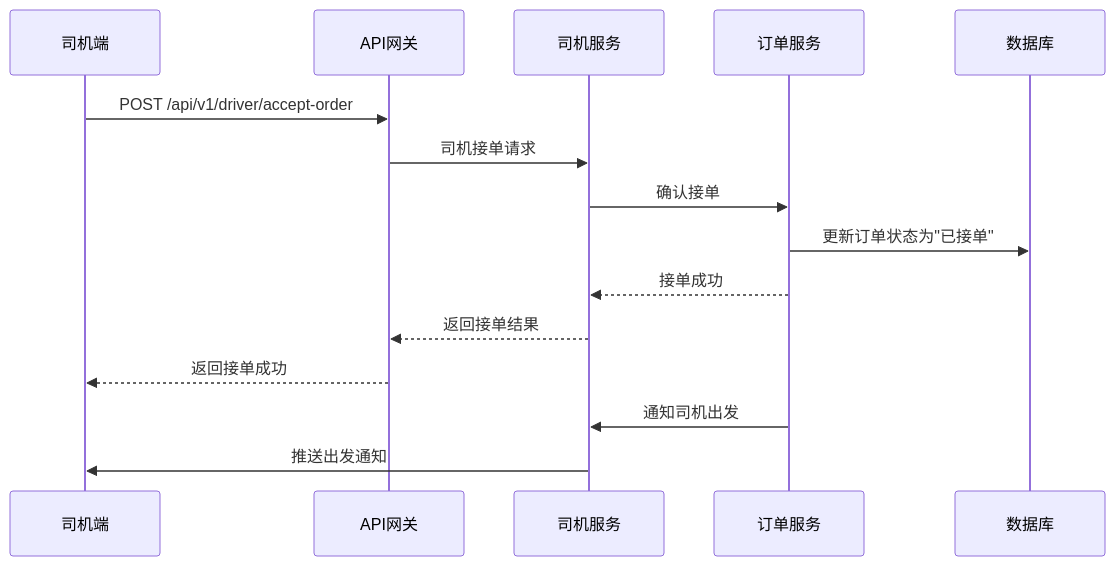
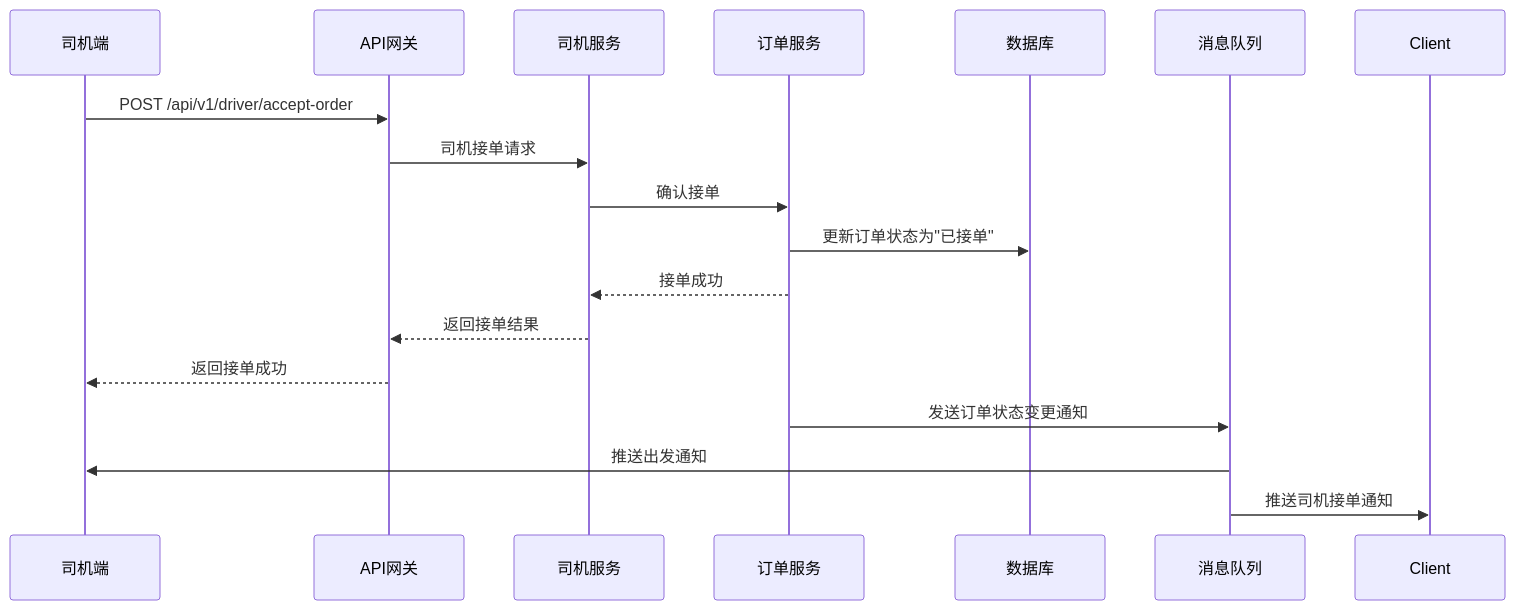
One commit to annhay/shunshun changed the second of 2 diagrams in README.md. Above: the diagram before and after it, drawn with Mermaid. The commit also changed other lines of this file and 10 other files, not shown here.

````diff
--- a/README.md
+++ b/README.md
@@ -239,18 +275,20 @@
 ```mermaid
 sequenceDiagram
     participant DriverApp as 司机端
     participant Gateway as API网关
     participant DriverService as 司机服务
     participant OrderService as 订单服务
     participant DB as 数据库
+    participant RabbitMQ as 消息队列
 
     DriverApp->>Gateway: POST /api/v1/driver/accept-order
     Gateway->>DriverService: 司机接单请求
     DriverService->>OrderService: 确认接单
     OrderService->>DB: 更新订单状态为"已接单"
     OrderService-->>DriverService: 接单成功
     DriverService-->>Gateway: 返回接单结果
     Gateway-->>DriverApp: 返回接单成功
-    OrderService->>DriverService: 通知司机出发
-    DriverService->>DriverApp: 推送出发通知
+    OrderService->>RabbitMQ: 发送订单状态变更通知
+    RabbitMQ->>DriverApp: 推送出发通知
+    RabbitMQ->>Client: 推送司机接单通知
 ```
````
